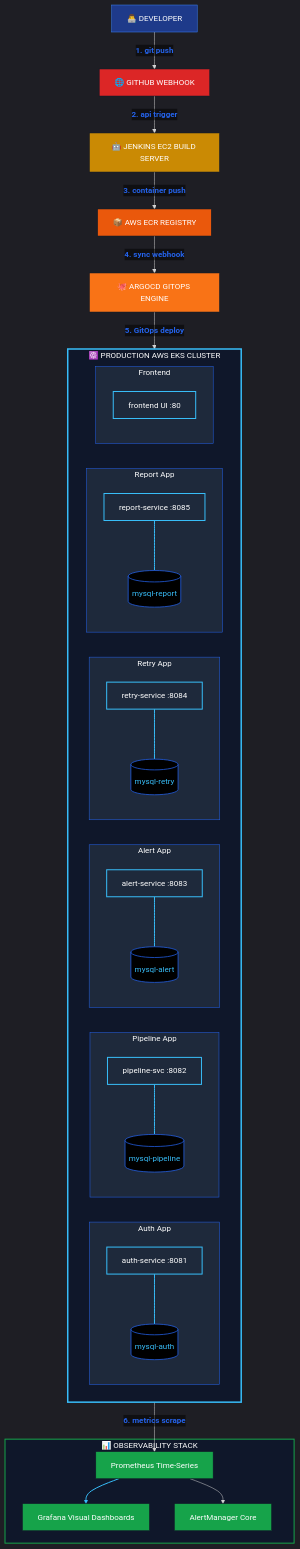
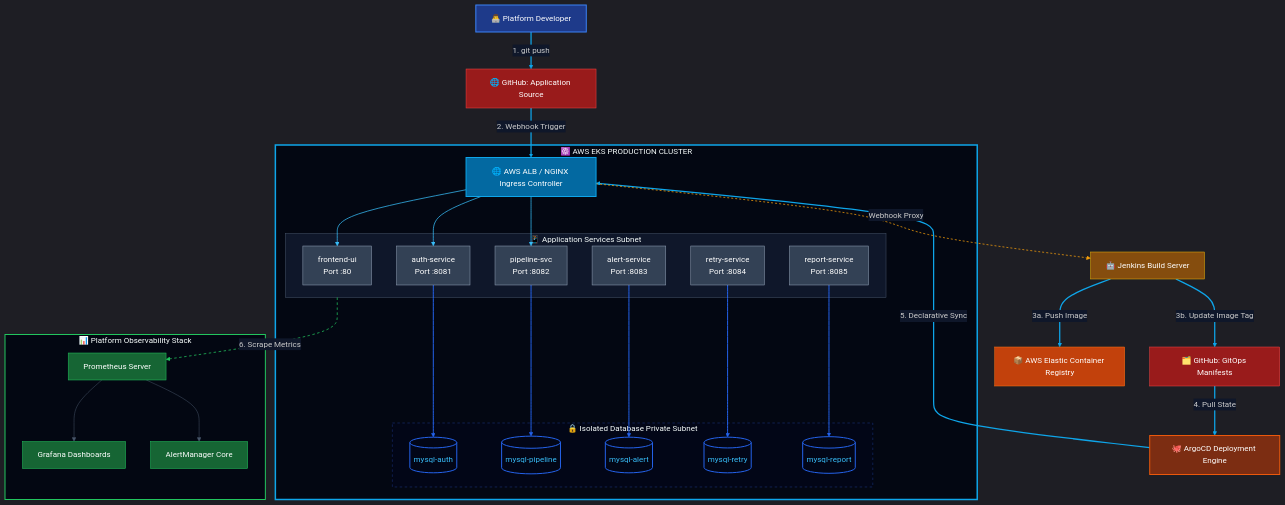
Before and after one commit to PrathmmeshJagdale/devops-cicd-monitor: the diagram in README.md, drawn with Mermaid.

Commit message:
Update README.md
docs: update system architecture diagram to GitOps production standards

Refactored the Mermaid.js configuration in README.md. The previous version contained invalid inline HTML syntax that caused rendering failures across modern GitHub Markdown engines.

Key diagram updates:
- Added Git Manifests Repo to correctly illustrate the GitOps pull      loop.
- Introduced an Ingress Controller layer for realistic traffic routing.
- Grouped microservices and databases into distinct network subnets.
- Refactored style themes to fix text readability bugs in dark mode.

````diff
--- a/README.md
+++ b/README.md
@@ -46,91 +46,116 @@
   init: {
     'theme': 'dark',
     'themeVariables': {
-      'edgeLabelBackground': 'transparent',
-      'tertiaryColor': 'transparent'
+      'background': '#0b0f19',
+      'primaryColor': '#1e293b',
+      'primaryTextColor': '#f8fafc',
+      'lineColor': '#475569',
+      'edgeLabelBackground': '#0f172a',
+      'tertiaryColor': '#0f172a'
     }
   }
 }%%
-graph TD
-    %% README Badge Matching Color Scheme (Grey Completely Removed)
-    classDef dev fill:#1e3a8a,stroke:#3b82f6,stroke-width:1px,color:#fff;
-    classDef git fill:#dc2626,stroke:#111827,stroke-width:1px,color:#fff;
-    classDef jenkins fill:#ca8a04,stroke:#111827,stroke-width:1px,color:#fff;
-    classDef ecr fill:#ea580c,stroke:#111827,stroke-width:1px,color:#fff;
-    classDef argo fill:#f97316,stroke:#111827,stroke-width:1px,color:#fff;
+graph TB
+    %% ==========================================
+    %% GLOBAL STYLES & DEFINITIONS
+    %% ==========================================
+    classDef actor fill:#1e3a8a,stroke:#3b82f6,stroke-width:2px,color:#fff;
+    classDef git fill:#991b1b,stroke:#ef4444,stroke-width:1px,color:#fff;
+    classDef ci fill:#854d0e,stroke:#eab308,stroke-width:1px,color:#fff;
+    classDef registry fill:#c2410c,stroke:#f97316,stroke-width:1px,color:#fff;
+    classDef cd fill:#7c2d12,stroke:#ea580c,stroke-width:2px,color:#fff;
     
-    %% Infrastructure & Microservices Custom Colors
-    classDef svc fill:#1e293b,stroke:#38bdf8,stroke-width:2px,color:#fff;
-    classDef db fill:#000000,stroke:#2563eb,stroke-width:1.5px,color:#38bdf8;
-    classDef monitor fill:#16a34a,stroke:#111827,stroke-width:1px,color:#fff;
+    classDef ingress fill:#0369a1,stroke:#0ea5e9,stroke-width:2px,color:#fff;
+    classDef app fill:#334155,stroke:#94a3b8,stroke-width:1px,color:#fff;
+    classDef db fill:#020617,stroke:#2563eb,stroke-width:2px,color:#38bdf8;
+    classDef obs fill:#166534,stroke:#22c55e,stroke-width:1px,color:#fff;
 
-    %% Base Pipeline Infrastructure Nodes
-    DEV[👨‍💻 DEVELOPER]:::dev
-    WEB[🌐 GITHUB WEBHOOK]:::git
-    JENK[🤖 JENKINS EC2 BUILD SERVER]:::jenkins
-    ECR[📦 AWS ECR REGISTRY]:::ecr
-    ARGO[🐙 ARGOCD GITOPS ENGINE]:::argo
+    %% ==========================================
+    %% DEV & DEVOPS PIPELINE TIER
+    %% ==========================================
+    DEV[👨‍💻 Platform Developer]:::actor
+    REPO_SRC[🌐 GitHub: Application Source]:::git
+    JENKINS[🤖 Jenkins Build Server]:::ci
+    ECR[📦 AWS Elastic Container Registry]:::registry
+    REPO_MAN[🗂️ GitHub: GitOps Manifests]:::git
+    ARGOCD[🐙 ArgoCD Deployment Engine]:::cd
 
-    subgraph EKS [☸️ PRODUCTION AWS EKS CLUSTER]
-        subgraph AUTH [Auth App]
-            AS[auth-service :8081]:::svc
-            AD[(mysql-auth)]:::db
-            AS === AD
+    %% Pipeline Logic Links
+    DEV -->|1. git push| REPO_SRC
+    REPO_SRC -->|2. Webhook Trigger| INGRESS
+    JENKINS -->|3a. Push Image| ECR
+    JENKINS -->|3b. Update Image Tag| REPO_MAN
+    REPO_MAN -->|4. Pull State| ARGOCD
+    ARGOCD -->|5. Declarative Sync| INGRESS
+
+    %% ==========================================
+    %% AWS EKS CLUSTER SUBGRAPH
+    %% ==========================================
+    subgraph EKS [☸️ AWS EKS PRODUCTION CLUSTER]
+        
+        %% Entry Point
+        INGRESS[🌐 AWS ALB / NGINX Ingress Controller]:::ingress
+
+        %% Application Tier (Public/Private Virtual Subnets)
+        subgraph APP_TIER [📱 Application Services Subnet]
+            UI[frontend-ui<br/>Port :80]:::app
+            AUTH[auth-service<br/>Port :8081]:::app
+            PIPE[pipeline-svc<br/>Port :8082]:::app
+            ALER[alert-service<br/>Port :8083]:::app
+            RETR[retry-service<br/>Port :8084]:::app
+            REPO[report-service<br/>Port :8085]:::app
         end
+        style APP_TIER fill:#0f172a,stroke:#475569,stroke-width:1px
+
+        %% Data Tier (Private Isolated Subnet)
+        subgraph DATA_TIER [🔒 Isolated Database Private Subnet]
+            DB_AUTH[(mysql-auth)]:::db
+            DB_PIPE[(mysql-pipeline)]:::db
+            DB_ALER[(mysql-alert)]:::db
+            DB_RETR[(mysql-retry)]:::db
+            DB_REPO[(mysql-report)]:::db
+        end
+        style DATA_TIER fill:#020617,stroke:#1e3a8a,stroke-width:1px,stroke-dasharray: 5 5
+
+        %% Traffic Routing Internal
+        INGRESS --> UI
+        INGRESS --> AUTH
+        INGRESS --> PIPE
+
+        %% Service to Database Explicit Topologies
+        AUTH ===> DB_AUTH
+        PIPE ===> DB_PIPE
+        ALER ===> DB_ALER
+        RETR ===> DB_RETR
+        REPO ===> DB_REPO
+    end
+    style EKS fill:#030712,stroke:#0ea5e9,stroke-width:3px
+
+    %% Jenkins to Cluster Boundary Hook
+    INGRESS -.->|Webhook Proxy| JENKINS
+
+    %% ==========================================
+    %% OBSERVABILITY STACK
+    %% ==========================================
+    subgraph OBS_STACK [📊 Platform Observability Stack]
+        PROM[Prometheus Server]:::obs
+        GRAF[Grafana Dashboards]:::obs
+        AM[AlertManager Core]:::obs
         
-        subgraph PIPE [Pipeline App]
-            PS[pipeline-svc :8082]:::svc
-            PD[(mysql-pipeline)]:::db
-            PS === PD
-        end
+        PROM --> GRAF
+        PROM --> AM
+    end
+    style OBS_STACK fill:#030712,stroke:#22c55e,stroke-width:2px
 
-        subgraph ALER [Alert App]
-            ALS[alert-service :8083]:::svc
-            ALD[(mysql-alert)]:::db
-            ALS === ALD
-        end
+    %% Telemetry Links
+    APP_TIER -.->|6. Scrape Metrics| PROM
 
-        subgraph RETR [Retry App]
-            RS[retry-service :8084]:::svc
-            RD[(mysql-retry)]:::db
-            RS === RD
-        end
-
-        subgraph REPO [Report App]
-            RPS[report-service :8085]:::svc
-            RPD[(mysql-report)]:::db
-            RPS === RPD
-        end
-
-        subgraph FRONT [Frontend]
-            FS[frontend UI :80]:::svc
-        end
-    end
-    style EKS fill:#0f172a,stroke:#38bdf8,stroke-width:3px,color:#fff
-    style AUTH fill:#1e293b,stroke:#2563eb,stroke-width:1px,color:#fff
-    style PIPE fill:#1e293b,stroke:#2563eb,stroke-width:1px,color:#fff
-    style ALER fill:#1e293b,stroke:#2563eb,stroke-width:1px,color:#fff
-    style RETR fill:#1e293b,stroke:#2563eb,stroke-width:1px,color:#fff
-    style REPO fill:#1e293b,stroke:#2563eb,stroke-width:1px,color:#fff
-    style FRONT fill:#1e293b,stroke:#2563eb,stroke-width:1px,color:#fff
-
-    subgraph MON [📊 OBSERVABILITY STACK]
-        PROM[Prometheus Time-Series]:::monitor
-        GRAF[Grafana Visual Dashboards]:::monitor
-        ALERTM[AlertManager Core]:::monitor
-        PROM --> GRAF
-        PROM --> ALERTM
-    end
-    style MON fill:#0f172a,stroke:#16a34a,stroke-width:2px,color:#fff
-
-    %% High-Visibility Pipeline Connections (Dark Blue Letter Colors Configured Here)
-    DEV -->|<font color='#2563eb'><b>1. git push</b></font>| WEB
-    WEB -->|<font color='#2563eb'><b>2. api trigger</b></font>| JENK
-    JENK -->|<font color='#2563eb'><b>3. container push</b></font>| ECR
-    ECR -->|<font color='#2563eb'><b>4. sync webhook</b></font>| ARGO
-    ARGO -->|<font color='#2563eb'><b>5. GitOps deploy</b></font>| EKS
-    EKS -->|<font color='#2563eb'><b>6. metrics scrape</b></font>| PROM
-    
-    %% Main Line Routing Strokes
-    linkStyle 0,1,2,3,4,5 stroke:#38bdf8,stroke-width:2px;
+    %% ==========================================
+    %% LINK STYLES (Enforces High-Contrast Colors)
+    %% ==========================================
+    linkStyle 0,1,2,3,4,5 stroke:#0ea5e9,stroke-width:2.5px;
+    linkStyle 6,7,8 stroke:#38bdf8,stroke-width:1.5px;
+    linkStyle 9,10,11,12,13 stroke:#2563eb,stroke-width:2px;
+    linkStyle 14 stroke:#f59e0b,stroke-width:1.5px,stroke-dasharray: 4 4;
+    linkStyle 17 stroke:#22c55e,stroke-width:1.5px,stroke-dasharray: 5 5;
 ```
````
